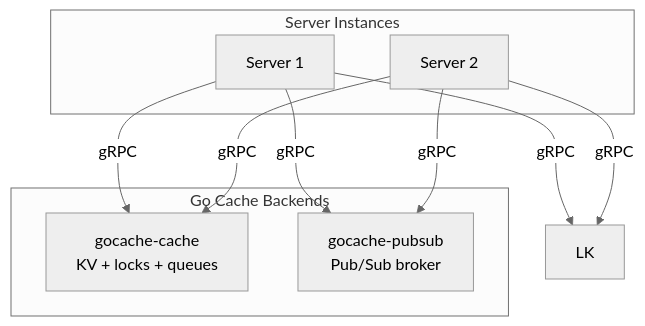
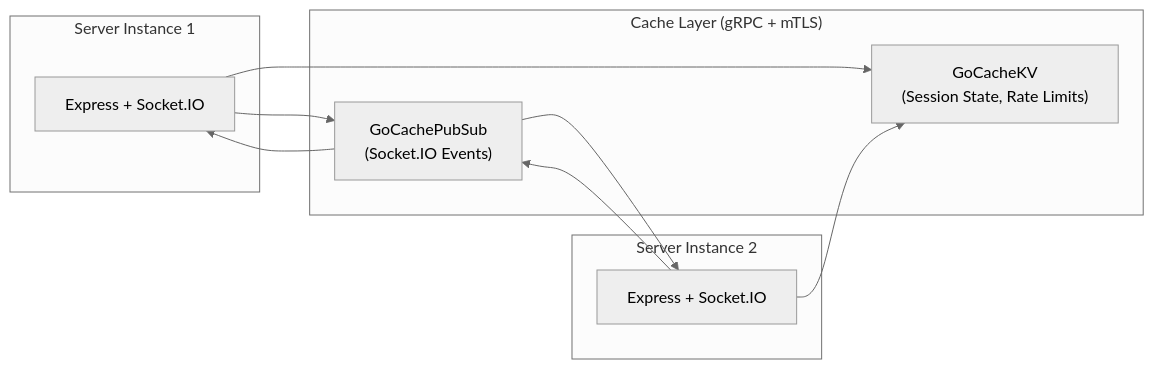
The eighth of 10 diagrams in docs/architecture.md (dnviti/remote-desktop-manager), drawn with Mermaid (neutral theme) before and after one commit. The commit also changed other lines of this file and 38 other files, not shown here.

````diff
--- a/docs/architecture.md
+++ b/docs/architecture.md
@@ -503,19 +279,22 @@
 ```mermaid
-flowchart TD
-    subgraph Instances["Server Instances"]
-        S1["Server 1"]
-        S2["Server 2"]
+flowchart LR
+    subgraph Instance1["Server Instance 1"]
+        S1["Express + Socket.IO"]
     end
 
-    subgraph Backends["Go Cache Backends"]
-        KV["gocache-cache<br/>KV + locks + queues"]
-        PS["gocache-pubsub<br/>Pub/Sub broker"]
+    subgraph Instance2["Server Instance 2"]
+        S2["Express + Socket.IO"]
     end
 
-    S1 -->|gRPC| KV
-    S1 -->|gRPC| PS
-    S1 -->|gRPC| LK
-    S2 -->|gRPC| KV
-    S2 -->|gRPC| PS
-    S2 -->|gRPC| LK
+    subgraph Cache["Cache Layer (gRPC + mTLS)"]
+        KV["GoCacheKV\n(Session State, Rate Limits)"]
+        PubSub["GoCachePubSub\n(Socket.IO Events)"]
+    end
+
+    S1 --> KV
+    S2 --> KV
+    S1 --> PubSub
+    S2 --> PubSub
+    PubSub --> S1
+    PubSub --> S2
 ```
````
